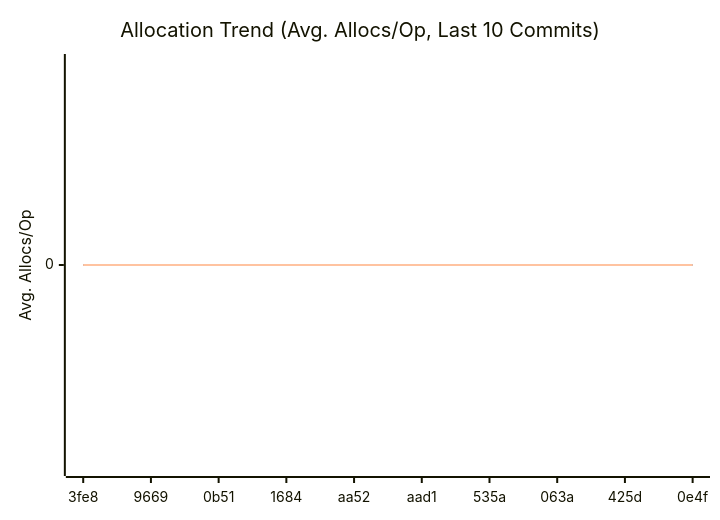
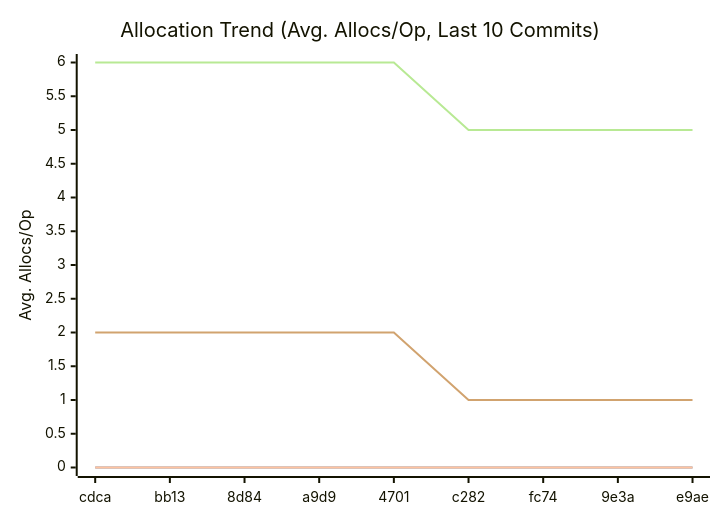
Before and after one commit to alsotoes/momo: the third of 3 diagrams in doc/README.md, drawn with Mermaid. The commit also changed other lines of this file and 1 other file, not shown here.

````diff
--- a/doc/README.md
+++ b/doc/README.md
@@ -312,10 +330,13 @@
 ```mermaid
 xychart-beta
     title "Allocation Trend (Avg. Allocs/Op, Last 10 Commits)"
     x-axis "Commit"
     y-axis "Avg. Allocs/Op"
-    x-axis [3fe8,9669,0b51,1684,aa52,aad1,535a,063a,425d,0e4f]
+    x-axis [cdca,bb13,8d84,a9d9,4701,c282,fc74,9e3a,e9ae]
     line "CheckMetricsAndSwap" [0,0,0,0,0,0,0,0,0,0]
     line "IndexDirectTracking" [0,0,0,0,0,0,0,0,0,0]
     line "IndexSearch" [0,0,0,0,0,0,0,0,0,0]
+    line "PadString" [2]
+    line "ParseReplicationOrder_NoPrealloc" [6,6,6,6,6,5,5,5,5,5]
+    line "ParseReplicationOrder_Prealloc" [2,2,2,2,2,1,1,1,1,1]
 ```
````
